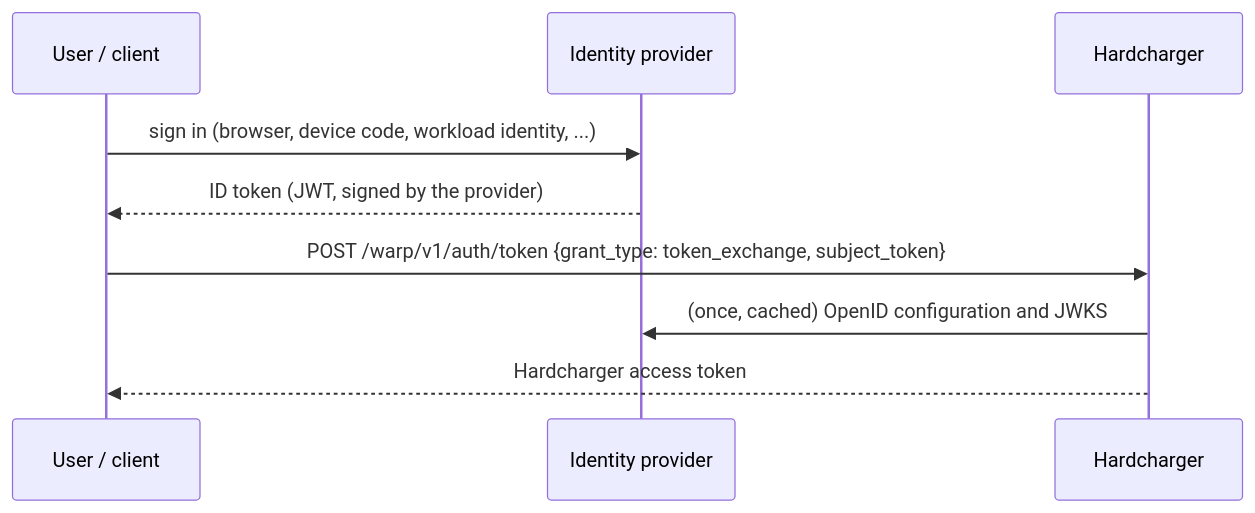
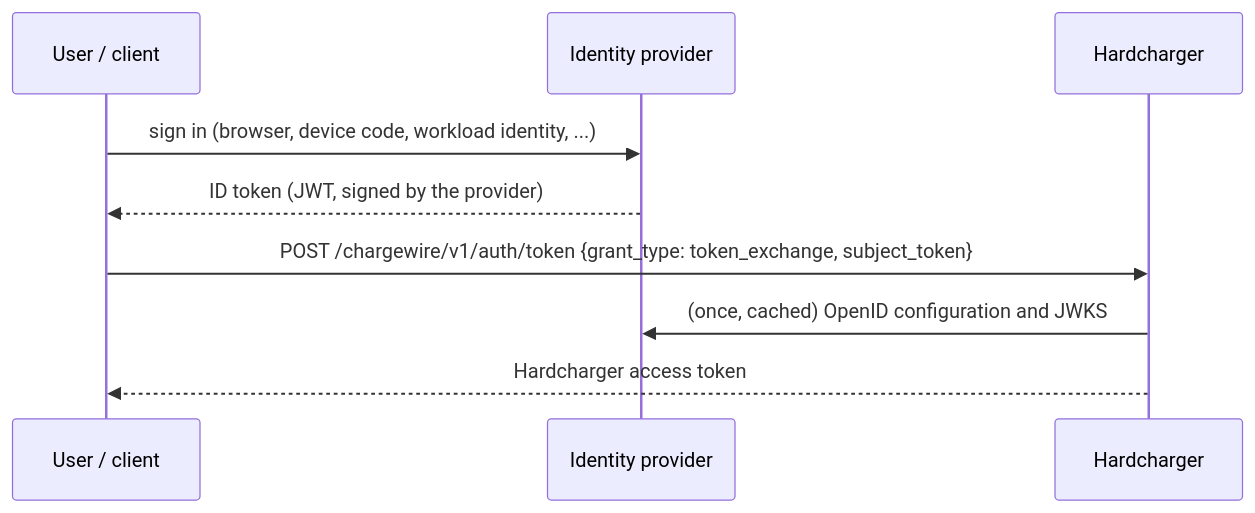
Before and after one commit to gizmodata/hardcharger-docs: the first of 2 diagrams in src/content/docs/guides/sso.mdx, drawn with Mermaid. The commit also changed other lines of this file and 48 other files, not shown here.

````diff
--- a/src/content/docs/guides/sso.mdx
+++ b/src/content/docs/guides/sso.mdx
@@ -14,11 +14,11 @@
 ```mermaid
 sequenceDiagram
   participant U as User / client
   participant I as Identity provider
   participant H as Hardcharger
   U->>I: sign in (browser, device code, workload identity, ...)
   I-->>U: ID token (JWT, signed by the provider)
-  U->>H: POST /warp/v1/auth/token  {grant_type: token_exchange, subject_token}
+  U->>H: POST /chargewire/v1/auth/token  {grant_type: token_exchange, subject_token}
   H->>I: (once, cached) OpenID configuration and JWKS
   H-->>U: Hardcharger access token
 ```
````
